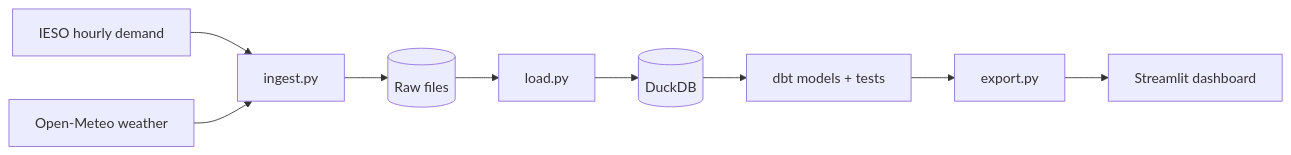
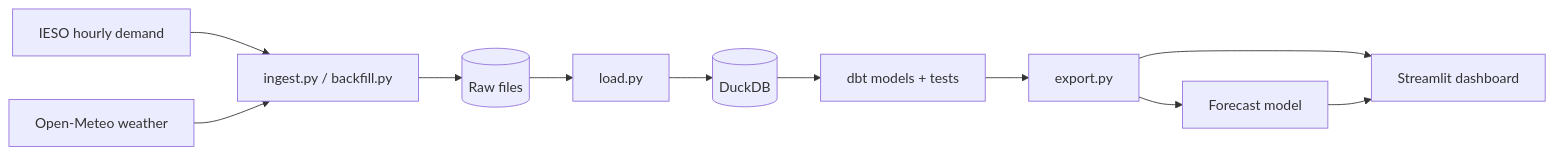
One commit to janvipravinbhaipatel/Electricity-Grid-Pipeline changed the diagram in README.md. Above: the diagram before and after it, drawn with Mermaid. The commit also changed other lines of this file and 10 other files, not shown here.

````diff
--- a/README.md
+++ b/README.md
@@ -11,11 +13,13 @@
 ```mermaid
 flowchart LR
-    A[IESO hourly demand] --> C[ingest.py]
+    A[IESO hourly demand] --> C[ingest.py / backfill.py]
     B[Open-Meteo weather] --> C
     C --> D[(Raw files)]
     D --> E[load.py]
     E --> F[(DuckDB)]
     F --> G[dbt models + tests]
     G --> H[export.py]
-    H --> I[Streamlit dashboard]
+    H --> I[Forecast model]
+    H --> J[Streamlit dashboard]
+    I --> J
 ```
````
